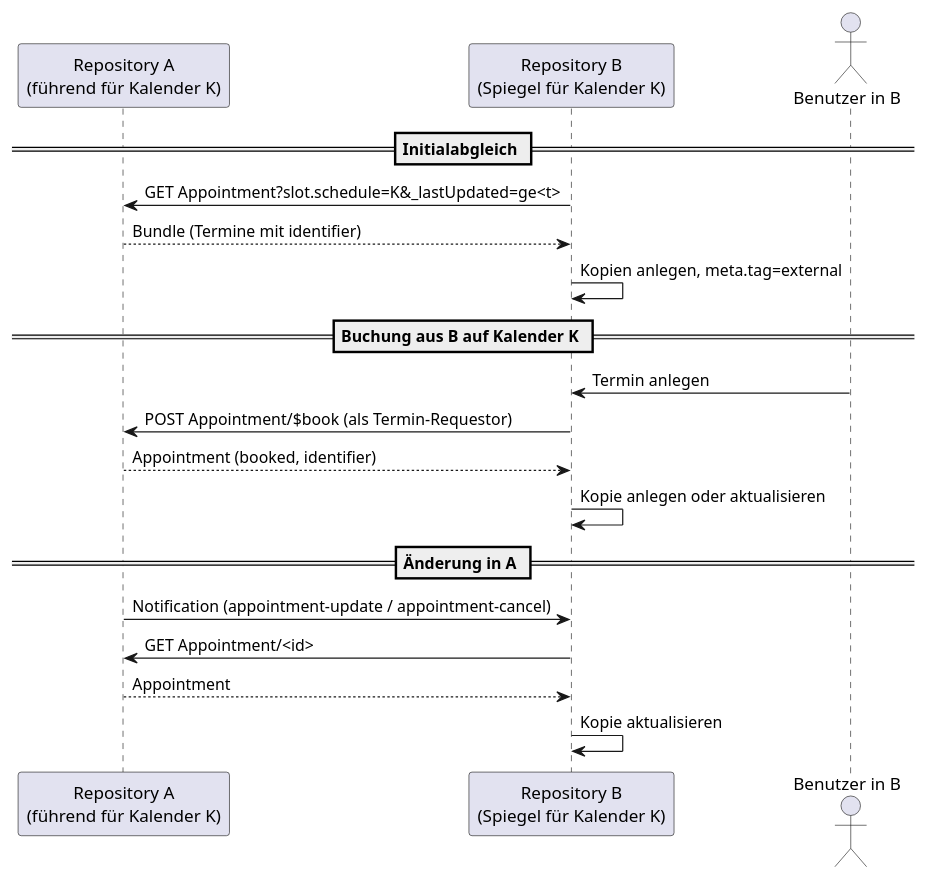
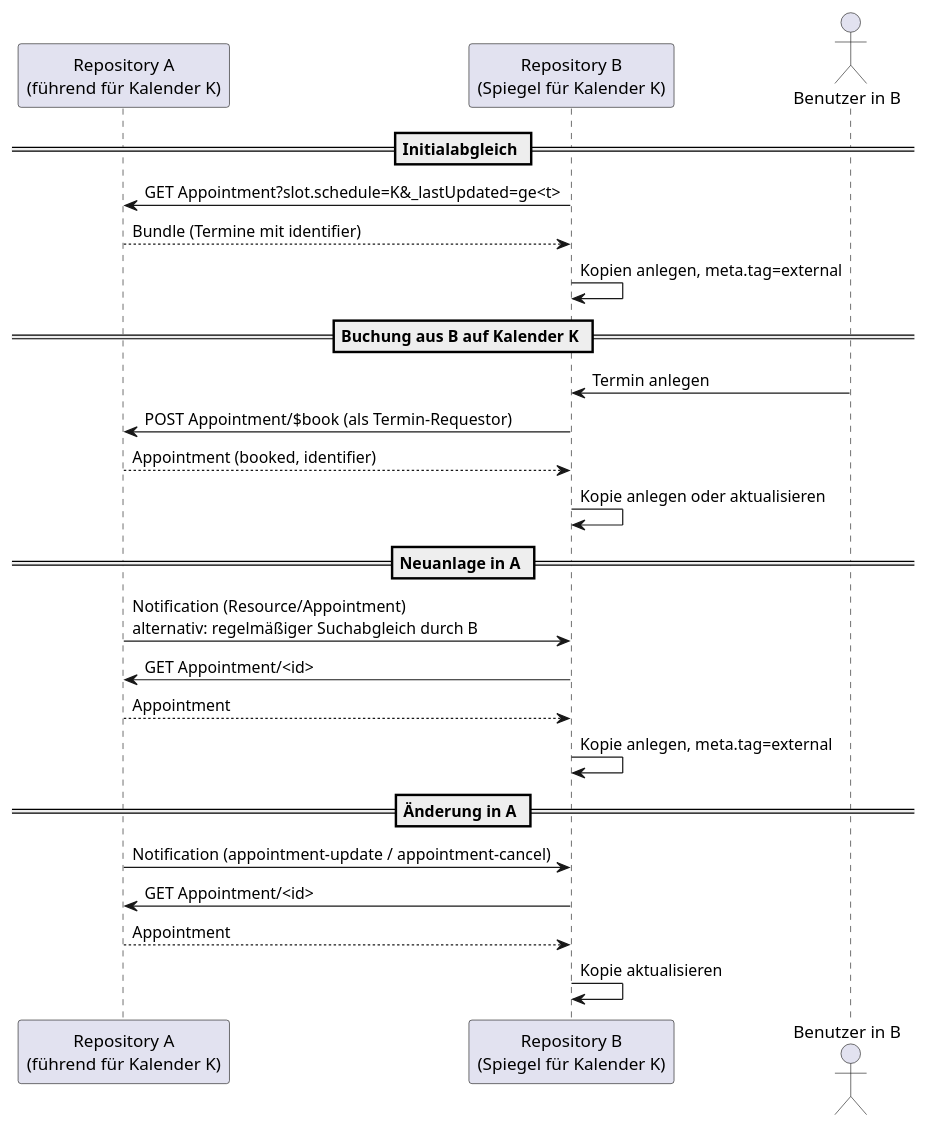
The diagram in ADR/Terminplanung/adr-synchronisation-termin-repositories.md (gematik/spec-ISiK-Basismodul), drawn with PlantUML before and after one commit. The commit also changed other lines of this file, not shown here.

````diff
--- a/ADR/Terminplanung/adr-synchronisation-termin-repositories.md
+++ b/ADR/Terminplanung/adr-synchronisation-termin-repositories.md
@@ -188,24 +190,30 @@
 ```plantuml
 @startuml
 participant "Repository A\n(führend für Kalender K)" as A
 participant "Repository B\n(Spiegel für Kalender K)" as B
 actor "Benutzer in B" as U
 
 == Initialabgleich ==
 B -> A: GET Appointment?slot.schedule=K&_lastUpdated=ge<t>
 A --> B: Bundle (Termine mit identifier)
 B -> B: Kopien anlegen, meta.tag=external
 
 == Buchung aus B auf Kalender K ==
 U -> B: Termin anlegen
 B -> A: POST Appointment/$book (als Termin-Requestor)
 A --> B: Appointment (booked, identifier)
 B -> B: Kopie anlegen oder aktualisieren
 
+== Neuanlage in A ==
+A -> B: Notification (Resource/Appointment)\nalternativ: regelmäßiger Suchabgleich durch B
+B -> A: GET Appointment/<id>
+A --> B: Appointment
+B -> B: Kopie anlegen, meta.tag=external
+
 == Änderung in A ==
 A -> B: Notification (appointment-update / appointment-cancel)
 B -> A: GET Appointment/<id>
 A --> B: Appointment
 B -> B: Kopie aktualisieren
 @enduml
 ```
````
